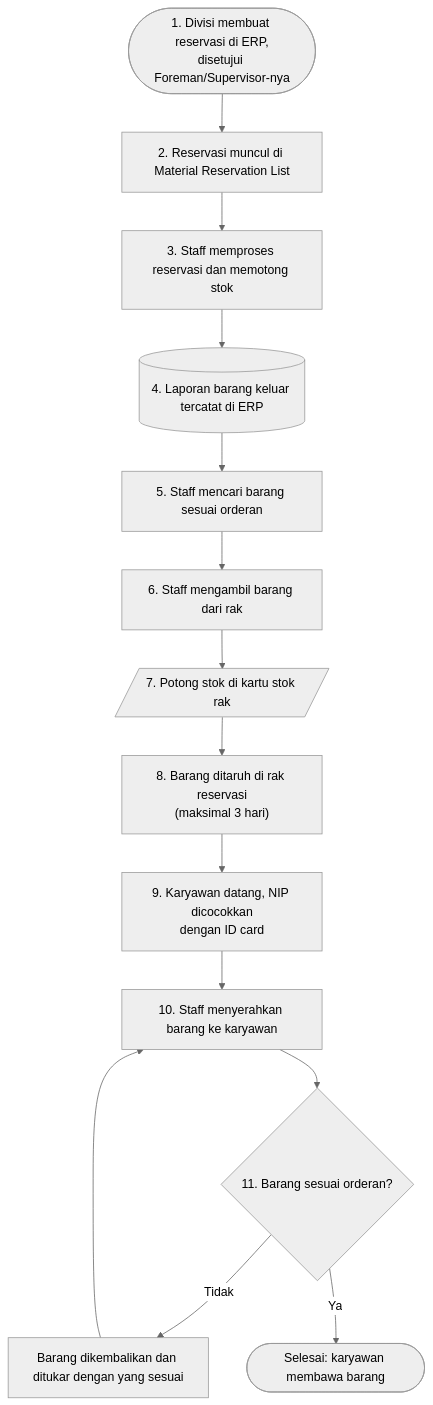
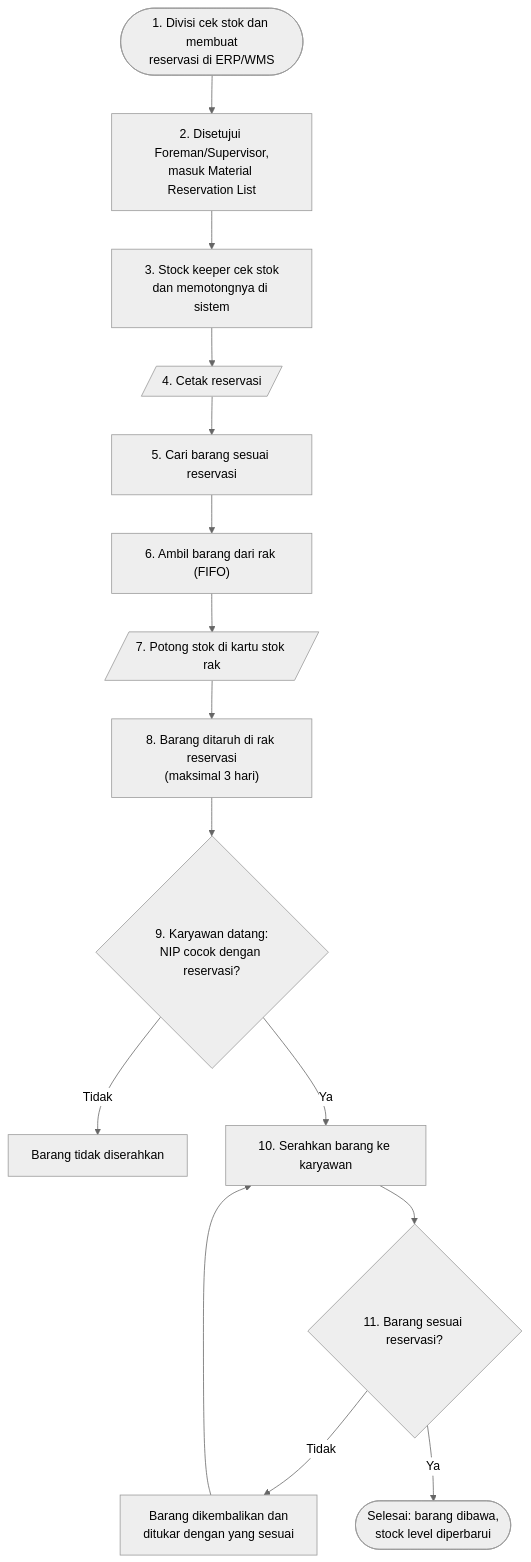
The diagram in docs/alur-kerja/barang-keluar.md (Hwarinn66/WareHouse), drawn with Mermaid (neutral theme) before and after one commit. The commit also changed other lines of this file and 8 other files, not shown here.

````diff
--- a/docs/alur-kerja/barang-keluar.md
+++ b/docs/alur-kerja/barang-keluar.md
@@ -18,18 +18,19 @@
 ```mermaid
 flowchart TD
   accTitle: Flowchart alur barang keluar
-  accDescr: 1 divisi lain membuat reservasi di ERP yang disetujui Foreman atau Supervisornya, 2 reservasi muncul di Material Reservation List, 3 staff memproses reservasi dan memotong stok, 4 laporan barang keluar tercatat di ERP, 5 staff mencari barang, 6 mengambil barang, 7 mencatat di catatan manual rak, 8 menaruh barang di rak reservasi, 9 karyawan divisi pemesan datang dan NIP-nya dicocokkan, 10 staff menyerahkan barang, 11 karyawan mengecek barang. Jika tidak sesuai, barang ditukar lalu diserahkan lagi. Jika sesuai, karyawan membawa barang.
-  L1(["1. Divisi membuat reservasi di ERP,<br/>disetujui Foreman/Supervisor-nya"]):::divisi --> L2["2. Reservasi muncul di Material Reservation List"]:::sistem
-  L2 --> L3["3. Staff memproses reservasi dan memotong stok"]:::staff
-  L3 --> L4[("4. Laporan barang keluar tercatat di ERP")]:::sistem
-  L4 --> L5["5. Staff mencari barang sesuai orderan"]:::staff
-  L5 --> L6["6. Staff mengambil barang dari rak"]:::staff
+  accDescr: 1 divisi mengecek stok dan membuat reservasi di ERP/WMS, 2 reservasi disetujui Foreman atau Supervisor lalu masuk ke Material Reservation List, 3 stock keeper mengecek stok dan memotongnya di sistem, 4 reservasi dicetak, 5 barang dicari, 6 barang diambil dari rak, 7 stok dipotong di kartu stok, 8 barang ditaruh di rak reservasi paling lama 3 hari, 9 NIP pengambil dicocokkan dengan ID card, 10 barang diserahkan, 11 karyawan mengecek barang. Jika NIP tidak cocok, barang tidak diserahkan. Jika barang tidak sesuai, barang ditukar lalu diserahkan lagi. Jika sesuai, karyawan membawa barang dan stock level diperbarui.
+  L1(["1. Divisi cek stok dan membuat<br/>reservasi di ERP/WMS"]):::divisi --> L2["2. Disetujui Foreman/Supervisor,<br/>masuk Material Reservation List"]:::sistem
+  L2 --> L3["3. Stock keeper cek stok<br/>dan memotongnya di sistem"]:::staff
+  L3 --> L4[/"4. Cetak reservasi"/]:::dokumen
+  L4 --> L5["5. Cari barang sesuai reservasi"]:::staff
+  L5 --> L6["6. Ambil barang dari rak (FIFO)"]:::staff
   L6 --> L7[/"7. Potong stok di kartu stok rak"/]:::dokumen
   L7 --> L8["8. Barang ditaruh di rak reservasi<br/>(maksimal 3 hari)"]:::staff
-  L8 --> L9["9. Karyawan datang, NIP dicocokkan<br/>dengan ID card"]:::divisi
-  L9 --> L10["10. Staff menyerahkan barang ke karyawan"]:::staff
-  L10 --> L11{"11. Barang sesuai orderan?"}:::cek
-  L11 -- Tidak --> T11["Barang dikembalikan dan ditukar dengan yang sesuai"]:::tolak
+  L8 --> L9{"9. Karyawan datang:<br/>NIP cocok dengan reservasi?"}:::cek
+  L9 -- Tidak --> T9["Barang tidak diserahkan"]:::tolak
+  L9 -- Ya --> L10["10. Serahkan barang ke karyawan"]:::staff
+  L10 --> L11{"11. Barang sesuai reservasi?"}:::cek
+  L11 -- Tidak --> T11["Barang dikembalikan dan<br/>ditukar dengan yang sesuai"]:::tolak
   T11 --> L10
-  L11 -- Ya --> SELESAI(["Selesai: karyawan membawa barang"]):::selesai
+  L11 -- Ya --> SELESAI(["Selesai: barang dibawa,<br/>stock level diperbarui"]):::selesai
 ```
````
